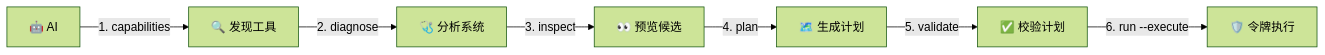
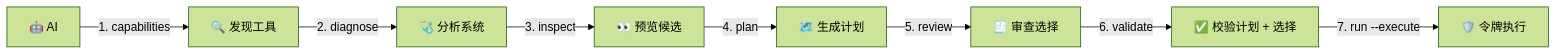
Before and after one commit to imajinyun/cleanmac: the diagram in docs/doc/README.CN.md, drawn with Mermaid (forest theme). The commit also changed other lines of this file and 6 other files, not shown here.

````diff
--- a/docs/doc/README.CN.md
+++ b/docs/doc/README.CN.md
@@ -202,9 +218,10 @@
 ```mermaid
 graph LR
     A[🤖 AI] -->|1. capabilities| B[🔍 发现工具]
     B -->|2. diagnose| C[🩺 分析系统]
     C -->|3. inspect| D[👀 预览候选]
     D -->|4. plan| E[🗺️ 生成计划]
-    E -->|5. validate| F[✅ 校验计划]
-    F -->|6. run --execute| G[🛡️ 令牌执行]
+    E -->|5. review| F[🧾 审查选择]
+    F -->|6. validate| G[✅ 校验计划 + 选择]
+    G -->|7. run --execute| H[🛡️ 令牌执行]
 ```
````
